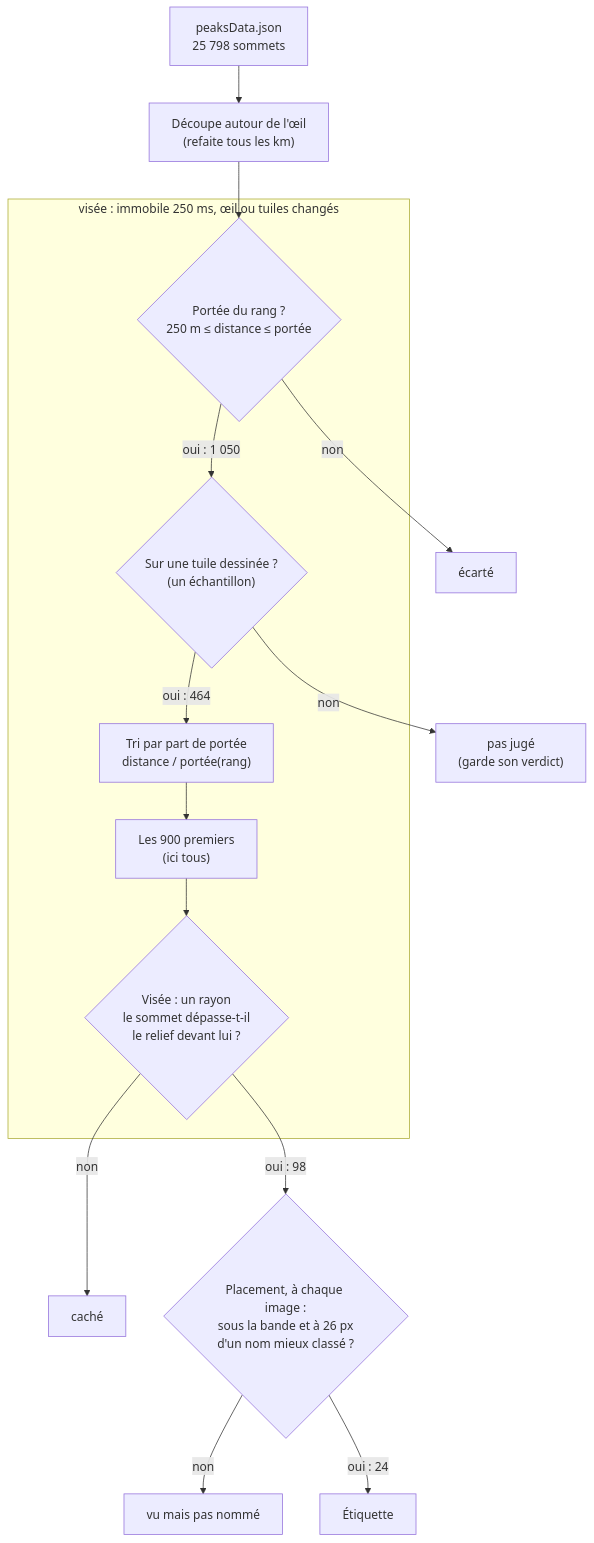
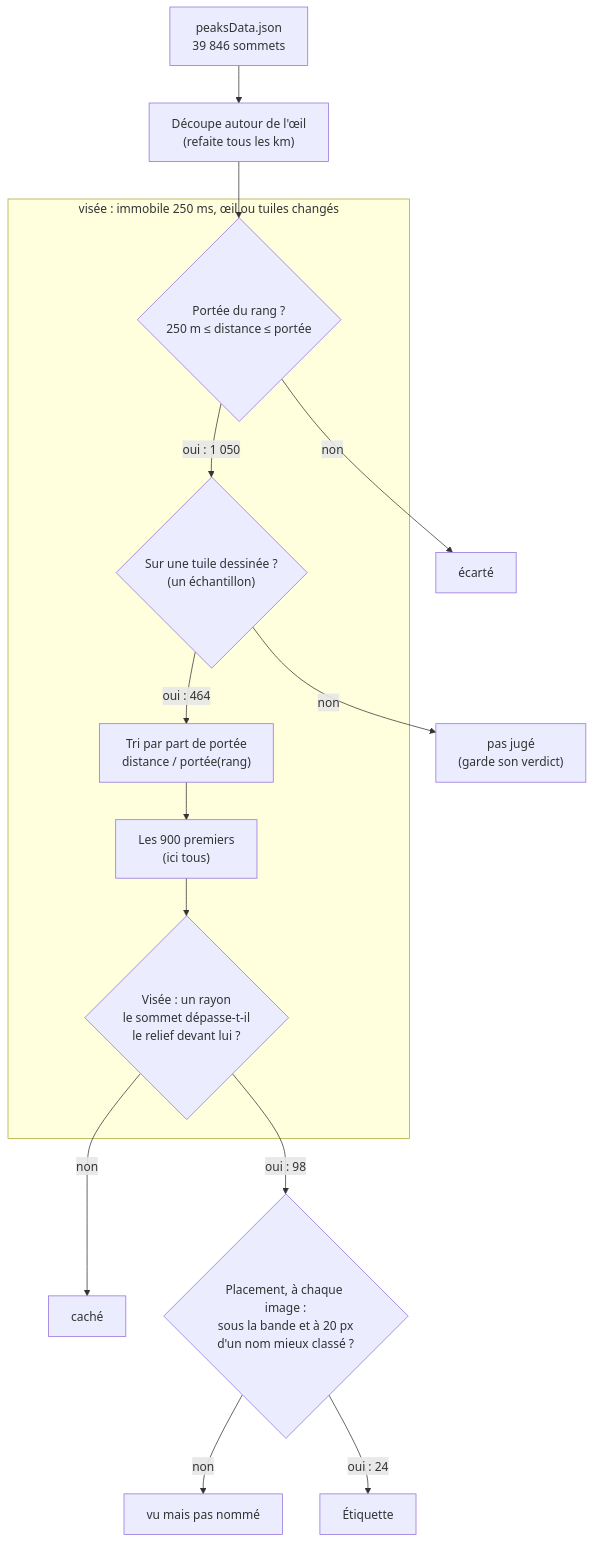
One commit to Plonk42/open-cairn changed the second of 2 diagrams in docs/UI_SHELL_AND_RESPONSIVE.md. Above: the diagram before and after it, drawn with Mermaid. The commit also changed other lines of this file and 22 other files, not shown here.

````diff
--- a/docs/UI_SHELL_AND_RESPONSIVE.md
+++ b/docs/UI_SHELL_AND_RESPONSIVE.md
@@ -903,23 +1049,23 @@
 ```mermaid
 flowchart TD
-    A["peaksData.json<br/>25 798 sommets"] --> B["Découpe autour de l'œil<br/>(refaite tous les km)"]
+    A["peaksData.json<br/>39 846 sommets"] --> B["Découpe autour de l'œil<br/>(refaite tous les km)"]
     B --> C{"Portée du rang ?<br/>250 m ≤ distance ≤ portée"}
     C -- non --> X1[écarté]
     C -- "oui : 1 050" --> S{"Sur une tuile dessinée ?<br/>(un échantillon)"}
     S -- non --> X0["pas jugé<br/>(garde son verdict)"]
     S -- "oui : 464" --> D["Tri par part de portée<br/>distance / portée(rang)"]
     D --> G["Les 900 premiers<br/>(ici tous)"]
     G --> H{"Visée : un rayon<br/>le sommet dépasse-t-il<br/>le relief devant lui ?"}
     H -- non --> X2[caché]
-    H -- "oui : 98" --> J{"Placement, à chaque image :<br/>sous la bande et à 26 px<br/>d'un nom mieux classé ?"}
+    H -- "oui : 98" --> J{"Placement, à chaque image :<br/>sous la bande et à 20 px<br/>d'un nom mieux classé ?"}
     J -- non --> X3[vu mais pas nommé]
     J -- "oui : 24" --> K["Étiquette"]
 
     subgraph visee ["visée : immobile 250 ms, œil ou tuiles changés"]
         C
         S
         D
         G
         H
     end
 ```
````
